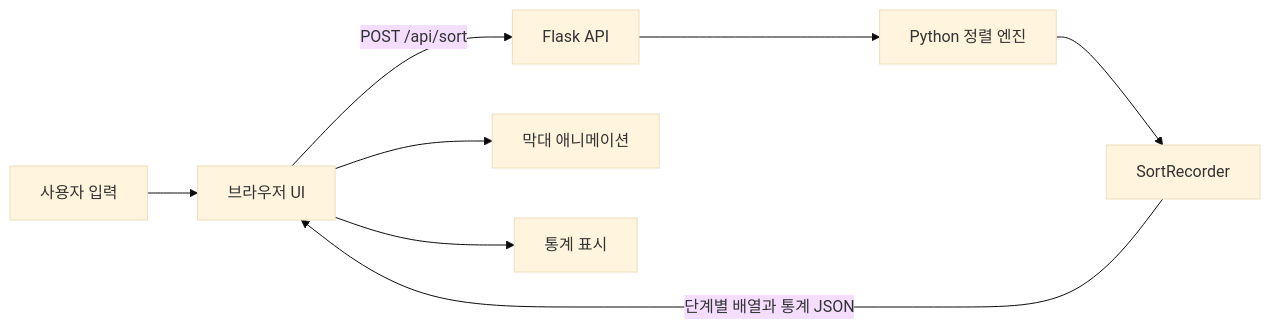
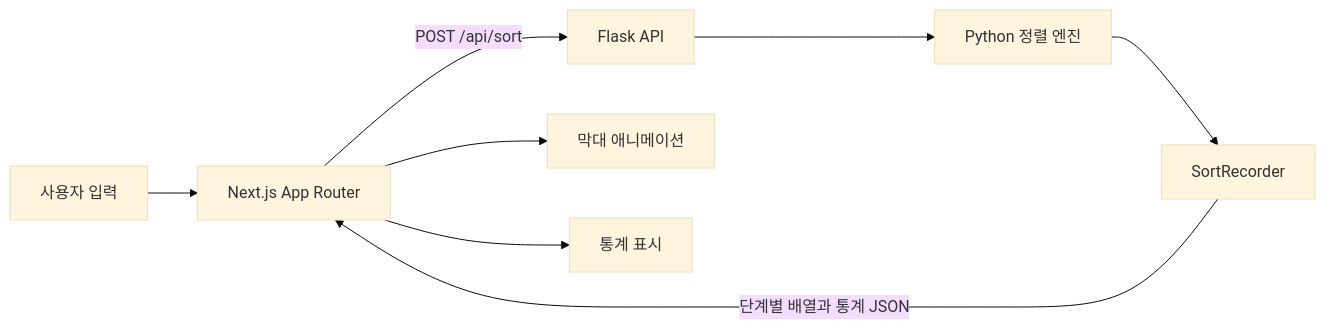
The first of 2 diagrams in README.md (leejj1345/SortingAlgorithmVisualizer), drawn with Mermaid (base theme) before and after one commit. The commit also changed other lines of this file and 30 other files, not shown here.

````diff
--- a/README.md
+++ b/README.md
@@ -26,10 +27,10 @@
 ```mermaid
 flowchart LR
-    U["사용자 입력"] --> F["브라우저 UI"]
+    U["사용자 입력"] --> F["Next.js App Router"]
     F -->|"POST /api/sort"| A["Flask API"]
     A --> E["Python 정렬 엔진"]
     E --> R["SortRecorder"]
     R -->|"단계별 배열과 통계 JSON"| F
     F --> V["막대 애니메이션"]
     F --> C["통계 표시"]
 ```
````
